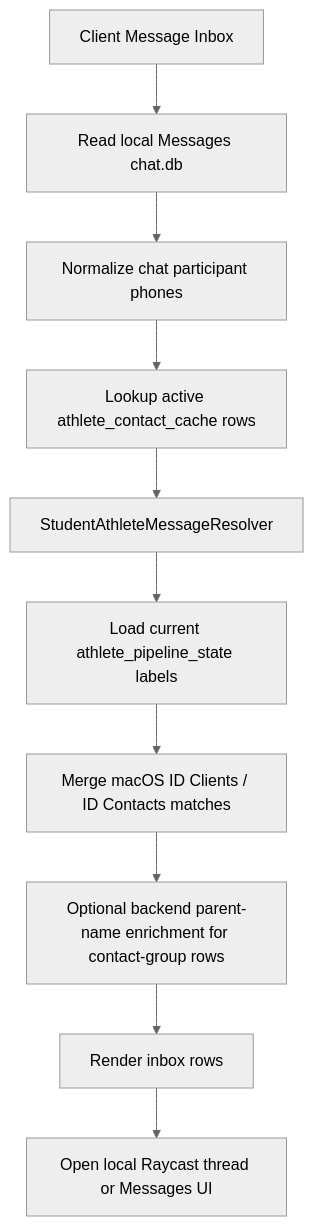
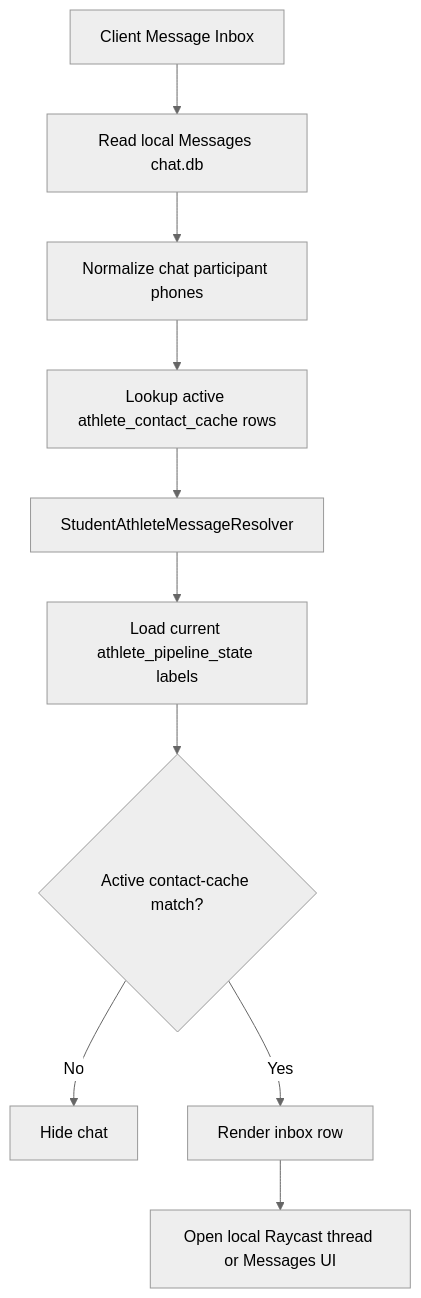
The second of 4 diagrams in docs/architecture/scout-prep-client-message-lifecycle-flowcharts.md (23Maestro/prospect-pipeline), drawn with Mermaid (neutral theme) before and after one commit. The commit also changed other lines of this file and 9 other files, not shown here.

````diff
--- a/docs/architecture/scout-prep-client-message-lifecycle-flowcharts.md
+++ b/docs/architecture/scout-prep-client-message-lifecycle-flowcharts.md
@@ -30,12 +30,12 @@
 ```mermaid
 flowchart TD
   A["Client Message Inbox"] --> B["Read local Messages chat.db"]
   B --> C["Normalize chat participant phones"]
   C --> D["Lookup active athlete_contact_cache rows"]
   D --> E["StudentAthleteMessageResolver"]
   E --> F["Load current athlete_pipeline_state labels"]
-  F --> G["Merge macOS ID Clients / ID Contacts matches"]
-  G --> H["Optional backend parent-name enrichment for contact-group rows"]
-  H --> I["Render inbox rows"]
+  F --> G{"Active contact-cache match?"}
+  G -- "No" --> H["Hide chat"]
+  G -- "Yes" --> I["Render inbox row"]
   I --> J["Open local Raycast thread or Messages UI"]
 ```
````
